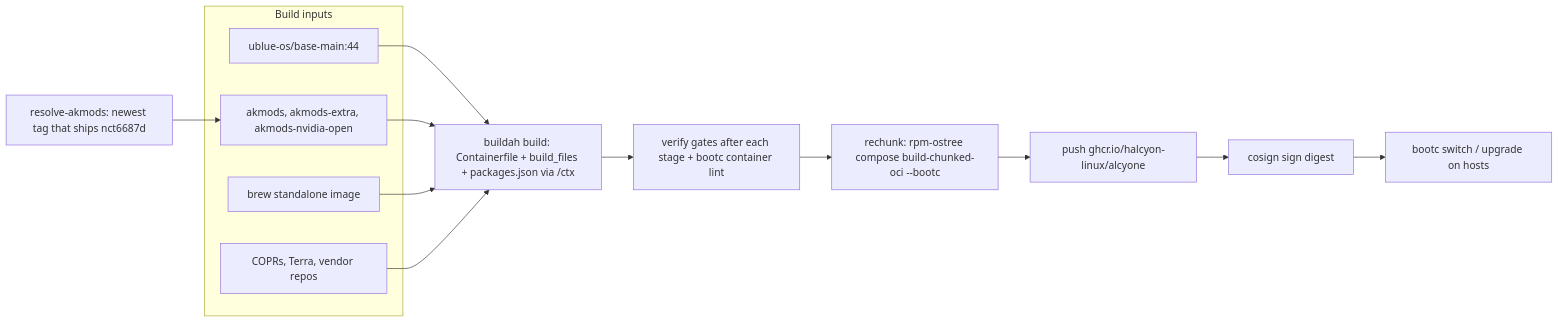
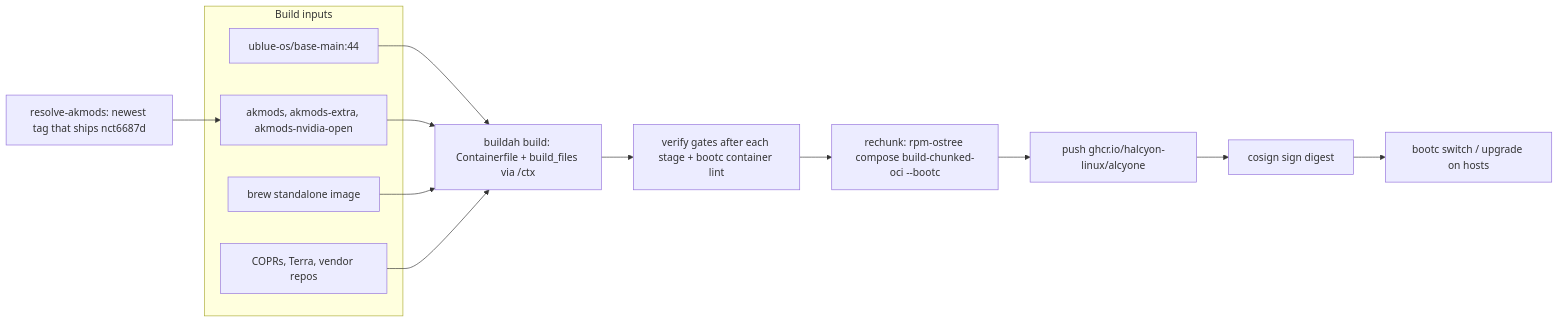
The diagram in README.md (halcyon-linux/base-image), drawn with Mermaid before and after one commit. The commit also changed other lines of this file and 3 other files, not shown here.

````diff
--- a/README.md
+++ b/README.md
@@ -243,19 +334,19 @@
 ```mermaid
 flowchart LR
   subgraph inputs["Build inputs"]
     B["ublue-os/base-main:44"]
     A["akmods, akmods-extra, akmods-nvidia-open"]
     H["brew standalone image"]
     R["COPRs, Terra, vendor repos"]
   end
   RS["resolve-akmods: newest tag that ships nct6687d"] --> A
   B --> BLD
   A --> BLD
   H --> BLD
   R --> BLD
-  BLD["buildah build: Containerfile + build_files + packages.json via /ctx"] --> V["verify gates after each stage + bootc container lint"]
+  BLD["buildah build: Containerfile + build_files via /ctx"] --> V["verify gates after each stage + bootc container lint"]
   V --> RC["rechunk: rpm-ostree compose build-chunked-oci --bootc"]
   RC --> P["push ghcr.io/halcyon-linux/alcyone"]
   P --> S["cosign sign digest"]
   S --> U["bootc switch / upgrade on hosts"]
 ```
````
